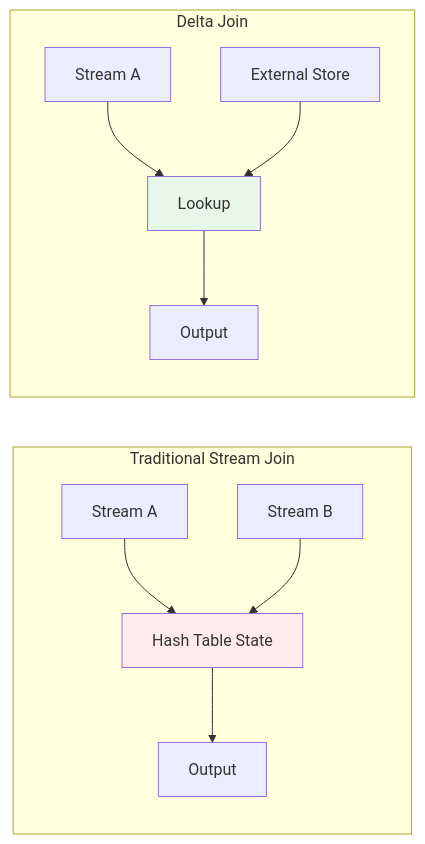
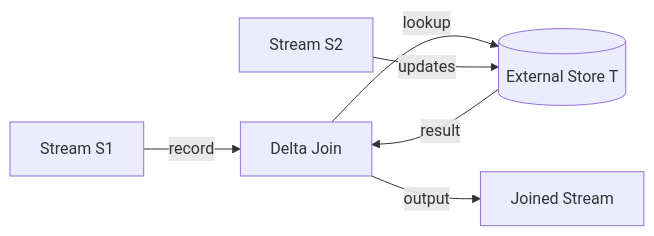
Before and after one commit to AdaMartin18010/AnalysisDataFlow: the diagram in en/flink-delta-join.md, drawn with Mermaid. The commit also changed other lines of this file and 78 other files, not shown here.

````diff
--- a/en/flink-delta-join.md
+++ b/en/flink-delta-join.md
@@ -94,17 +97,8 @@
 ```mermaid
 graph LR
-    subgraph "Traditional Stream Join"
-        A1[Stream A] --> H[Hash Table State]
-        B1[Stream B] --> H
-        H --> O1[Output]
-    end
-    
-    subgraph "Delta Join"
-        A2[Stream A] --> L[Lookup]
-        T[External Store] --> L
-        L --> O2[Output]
-    end
-    
-    style H fill:#ffebee
-    style L fill:#e8f5e9
+    A[Stream S1] -->|record| B[Delta Join]
+    B -->|lookup| C[(External Store T)]
+    C -->|result| B
+    B -->|output| D[Joined Stream]
+    E[Stream S2] -->|updates| C
 ```
````
